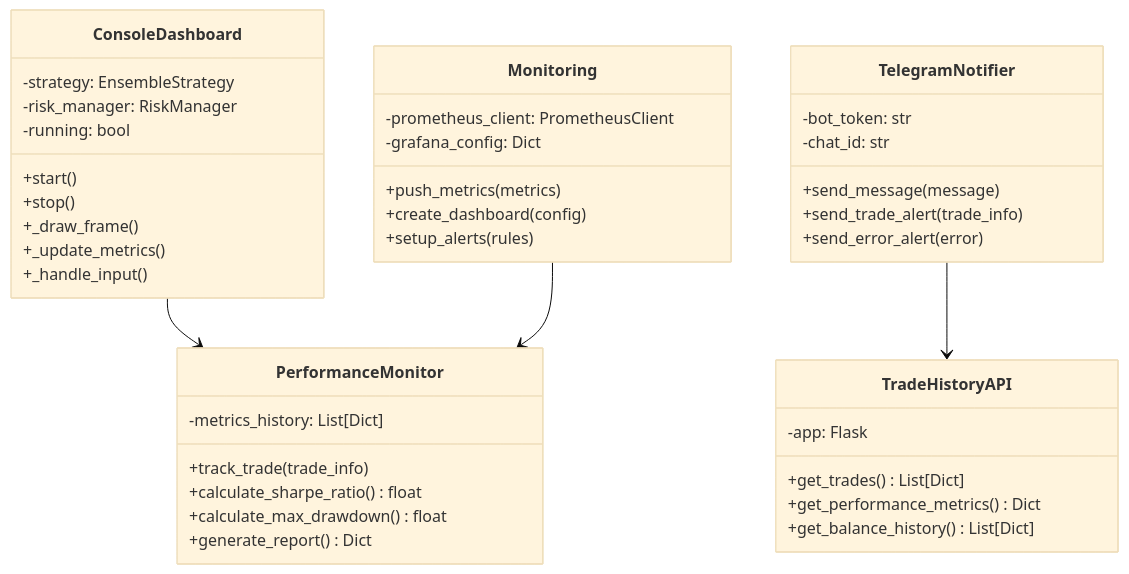
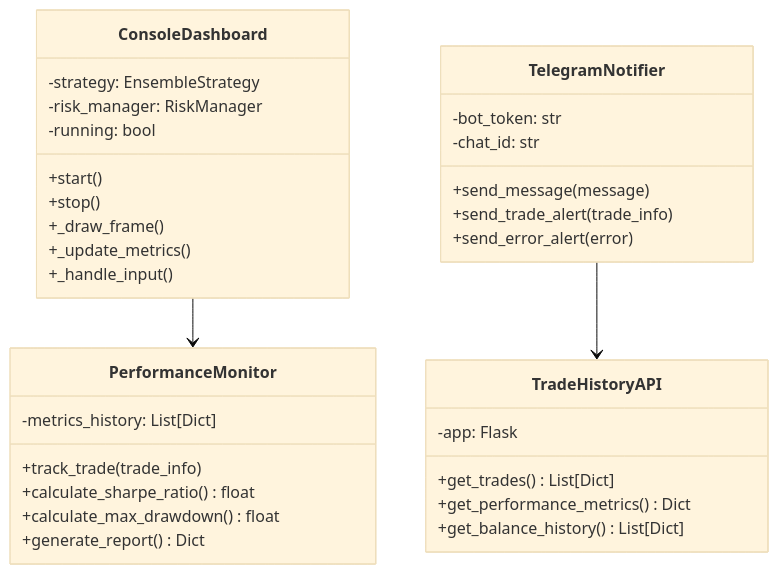
One commit to cluster2600/ELVIS changed the sixth of 7 diagrams in README.md. Above: the diagram before and after it, drawn with Mermaid (base theme). The commit also changed other lines of this file and 60 other files, not shown here.

````diff
--- a/README.md
+++ b/README.md
@@ -533,48 +535,39 @@
 ```mermaid
 classDiagram
     class ConsoleDashboard {
         -strategy: EnsembleStrategy
         -risk_manager: RiskManager
         -running: bool
         +start()
         +stop()
         +_draw_frame()
         +_update_metrics()
         +_handle_input()
     }
     
     class TelegramNotifier {
         -bot_token: str
         -chat_id: str
         +send_message(message)
         +send_trade_alert(trade_info)
         +send_error_alert(error)
     }
     
     class TradeHistoryAPI {
         -app: Flask
         +get_trades() List[Dict]
         +get_performance_metrics() Dict
         +get_balance_history() List[Dict]
     }
     
-    class Monitoring {
-        -prometheus_client: PrometheusClient
-        -grafana_config: Dict
-        +push_metrics(metrics)
-        +create_dashboard(config)
-        +setup_alerts(rules)
-    }
-    
     class PerformanceMonitor {
         -metrics_history: List[Dict]
         +track_trade(trade_info)
         +calculate_sharpe_ratio() float
         +calculate_max_drawdown() float
         +generate_report() Dict
     }
     
     ConsoleDashboard --> PerformanceMonitor
     TelegramNotifier --> TradeHistoryAPI
-    Monitoring --> PerformanceMonitor
 ```
````
